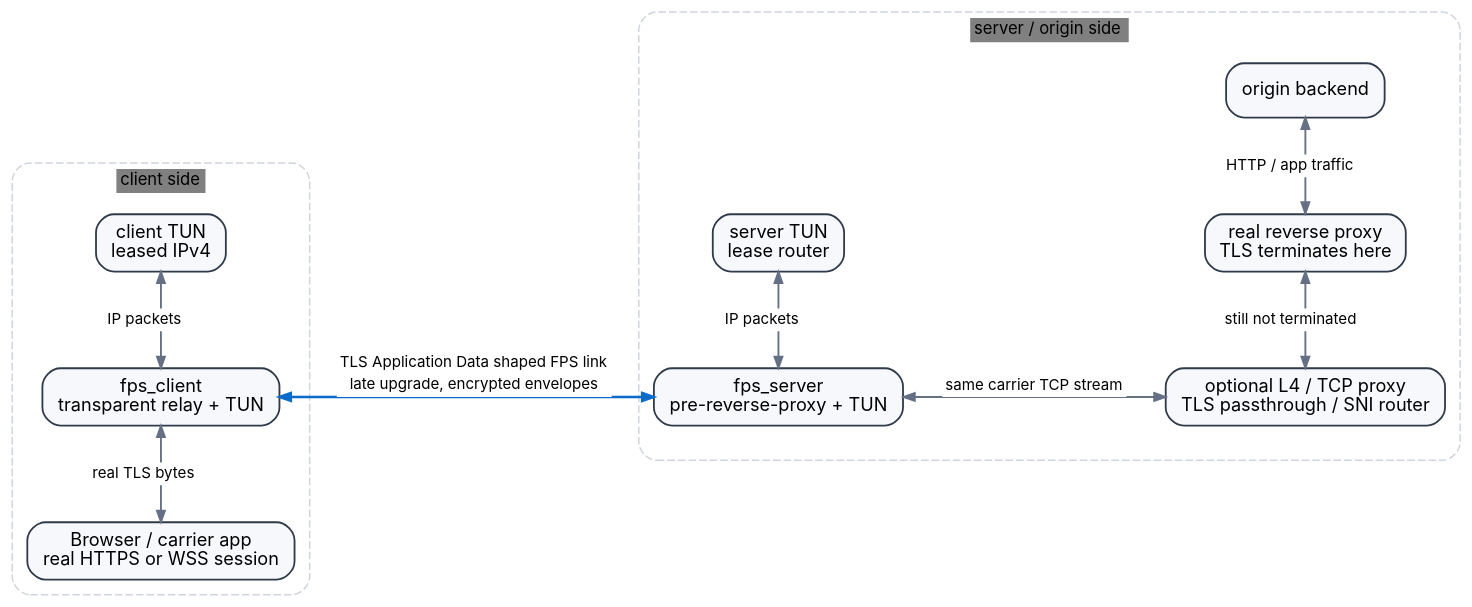
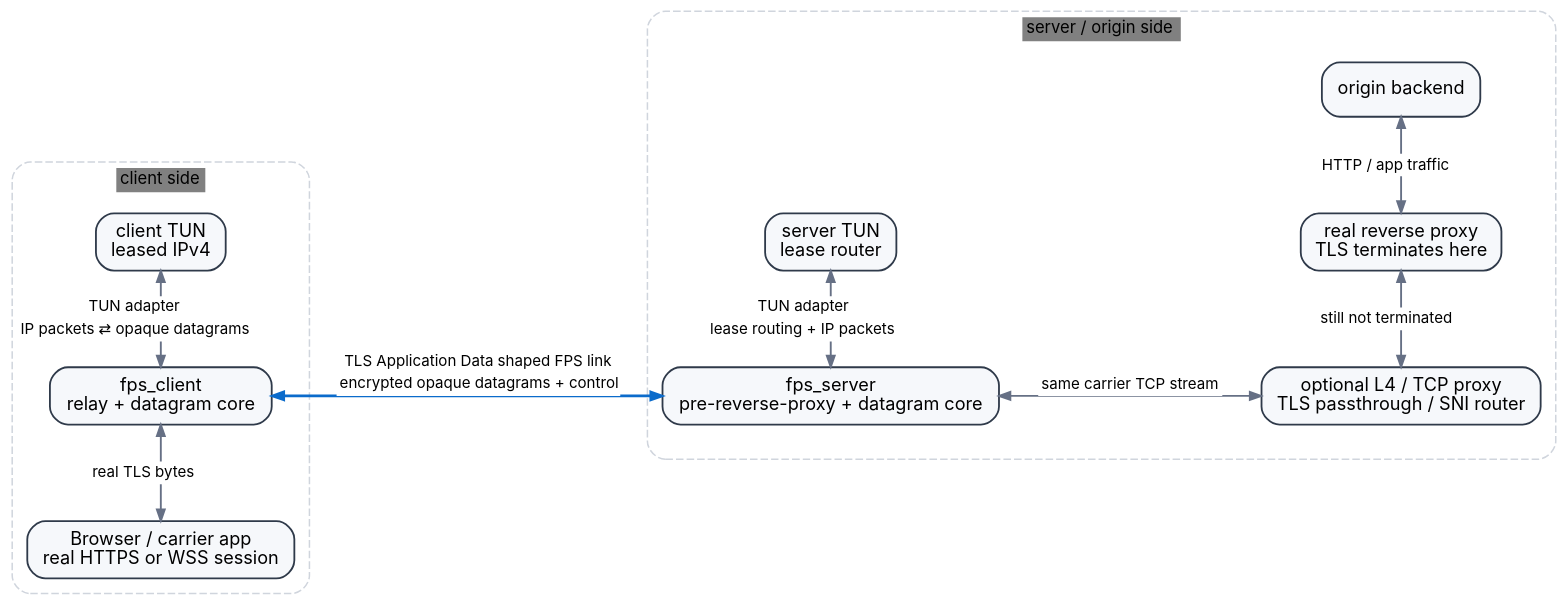
One commit to mrcatnapper/fps changed the diagram in articles/assets/fps-architecture.dot. Above: the diagram before and after it, drawn with Graphviz. The commit also changed 66 other files, not shown here.

First line of the commit message:
Split covert datagram core from TUN adapter (#10)

```diff
--- a/articles/assets/fps-architecture.dot
+++ b/articles/assets/fps-architecture.dot
@@ -1,101 +1,101 @@
 digraph fps_architecture {
   graph [
     rankdir=LR,
     bgcolor="transparent",
     margin=0.15,
     nodesep=0.45,
     ranksep=0.72,
     fontname="Inter,Arial,sans-serif",
   ];
   node [
     shape=box,
     style="rounded,filled",
     color="#2f3a4a",
     penwidth=1.2,
     fillcolor="#f6f8fb",
     fontname="Inter,Arial,sans-serif",
     fontsize=12,
     margin="0.14,0.09"
   ];
   edge [
     color="#667085",
     arrowsize=0.75,
     penwidth=1.25,
     fontname="Inter,Arial,sans-serif",
     fontsize=10
   ];
 
   subgraph cluster_client_side_margin {
     style=invis
     margin=10.0
     subgraph cluster_client_side {
       label=<<TABLE BORDER="0" CELLBORDER="0" CELLSPACING="0" BGCOLOR="gray"><TR><TD>client side</TD></TR></TABLE>>;
       color="#d0d5dd";
       style="rounded,dashed";
       fontname="Inter,Arial,sans-serif";
       fontsize=11;
       browser [label="Browser / carrier app\nreal HTTPS or WSS session"];
-      client [label="fps_client\ntransparent relay + TUN"];
+      client [label="fps_client\nrelay + datagram core"];
       client_tun [label="client TUN\nleased IPv4"];
       { rank=same; browser; client_tun; client; }
     }
   }
 
   subgraph cluster_server_side_margin {
     style=invis
     margin=10.0
     subgraph cluster_server_side {
       label=<<TABLE BORDER="0" CELLBORDER="0" CELLSPACING="0" BGCOLOR="gray"><TR><TD>server / origin side</TD></TR></TABLE>>;
       color="#d0d5dd";
       style="rounded,dashed";
       fontname="Inter,Arial,sans-serif";
       fontsize=11;
-      server [label="fps_server\npre-reverse-proxy + TUN"];
+      server [label="fps_server\npre-reverse-proxy + datagram core"];
       server_tun [label="server TUN\nlease router"];
       tcp_proxy [label="optional L4 / TCP proxy\nTLS passthrough / SNI router"];
       reverse_proxy [label="real reverse proxy\nTLS terminates here"];
       backend [label="origin backend"];
       { rank=same; server; server_tun; }
       { rank=same; tcp_proxy; reverse_proxy; backend; }
     }
   }
 
   browser -> client [
     dir=both,
     label=<<TABLE BORDER="0" CELLBORDER="0" CELLSPACING="0" BGCOLOR="white"><TR><TD>real TLS bytes</TD></TR></TABLE>>
   ];
   client -> server [
     dir=both,
-    label=<<TABLE BORDER="0" CELLBORDER="0" CELLSPACING="0" BGCOLOR="white"><TR><TD>TLS Application Data shaped FPS link</TD></TR><TR><TD>late upgrade, encrypted envelopes</TD></TR></TABLE>>,
+    label=<<TABLE BORDER="0" CELLBORDER="0" CELLSPACING="0" BGCOLOR="white"><TR><TD>TLS Application Data shaped FPS link</TD></TR><TR><TD>encrypted opaque datagrams + control</TD></TR></TABLE>>,
     color="#0b6bcb",
     penwidth=1.7
   ];
   server -> tcp_proxy [
     dir=both,
     weight=999999,
     label=<<TABLE BORDER="0" CELLBORDER="0" CELLSPACING="0" BGCOLOR="white"><TR><TD>same carrier TCP stream</TD></TR></TABLE>>
   ];
   tcp_proxy -> reverse_proxy [
     dir=both,
     label=<<TABLE BORDER="0" CELLBORDER="0" CELLSPACING="0" BGCOLOR="white"><TR><TD>still not terminated</TD></TR></TABLE>>
   ];
   reverse_proxy -> backend [
     dir=both,
     label=<<TABLE BORDER="0" CELLBORDER="0" CELLSPACING="0" BGCOLOR="white"><TR><TD>HTTP / app traffic</TD></TR></TABLE>>
   ];
 
   client -> client_tun [
     dir=both,
-    label=<<TABLE BORDER="0" CELLBORDER="0" CELLSPACING="0" BGCOLOR="white"><TR><TD>IP packets</TD></TR></TABLE>>
+    label=<<TABLE BORDER="0" CELLBORDER="0" CELLSPACING="0" BGCOLOR="white"><TR><TD>TUN adapter</TD></TR><TR><TD>IP packets ⇄ opaque datagrams</TD></TR></TABLE>>
   ];
   server -> server_tun [
     dir=both,
-    label=<<TABLE BORDER="0" CELLBORDER="0" CELLSPACING="0" BGCOLOR="white"><TR><TD>IP packets</TD></TR></TABLE>>
+    label=<<TABLE BORDER="0" CELLBORDER="0" CELLSPACING="0" BGCOLOR="white"><TR><TD>TUN adapter</TD></TR><TR><TD>lease routing + IP packets</TD></TR></TABLE>>
   ];
 
   #browser -> reverse_proxy [
   #  dir=both,
   #  style=dashed,
   #  label=<<TABLE BORDER="0" CELLBORDER="0" CELLSPACING="0" BGCOLOR="white"><TR><TD>"As if" TLS session</TD></TR></TABLE>>
   #];
 }
```
